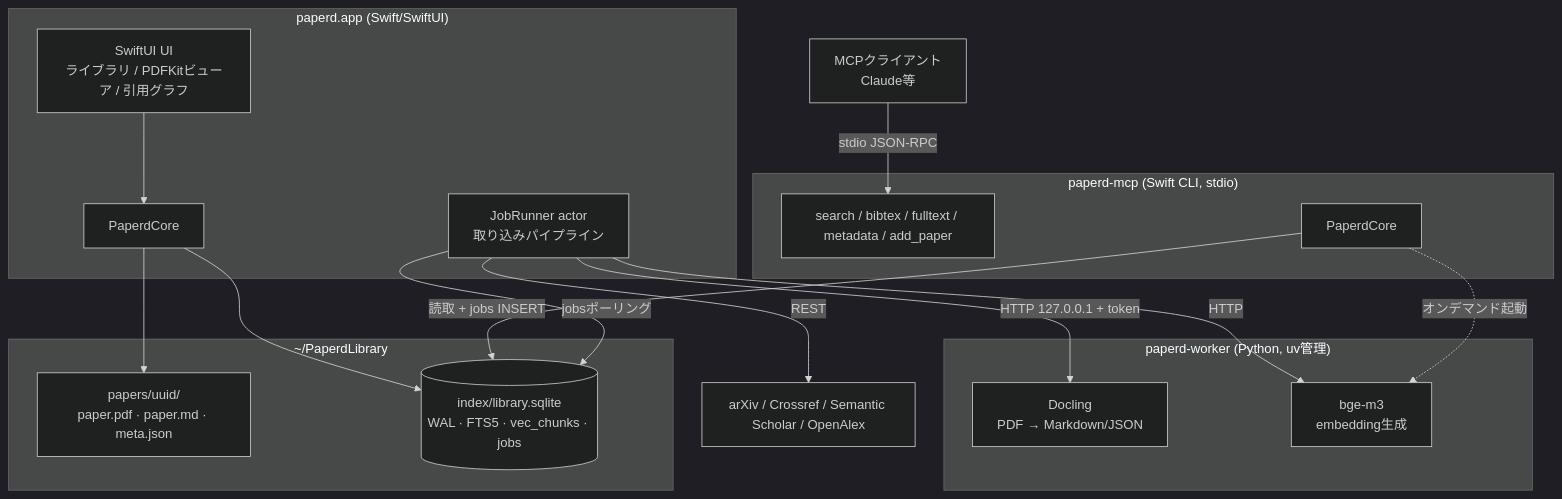
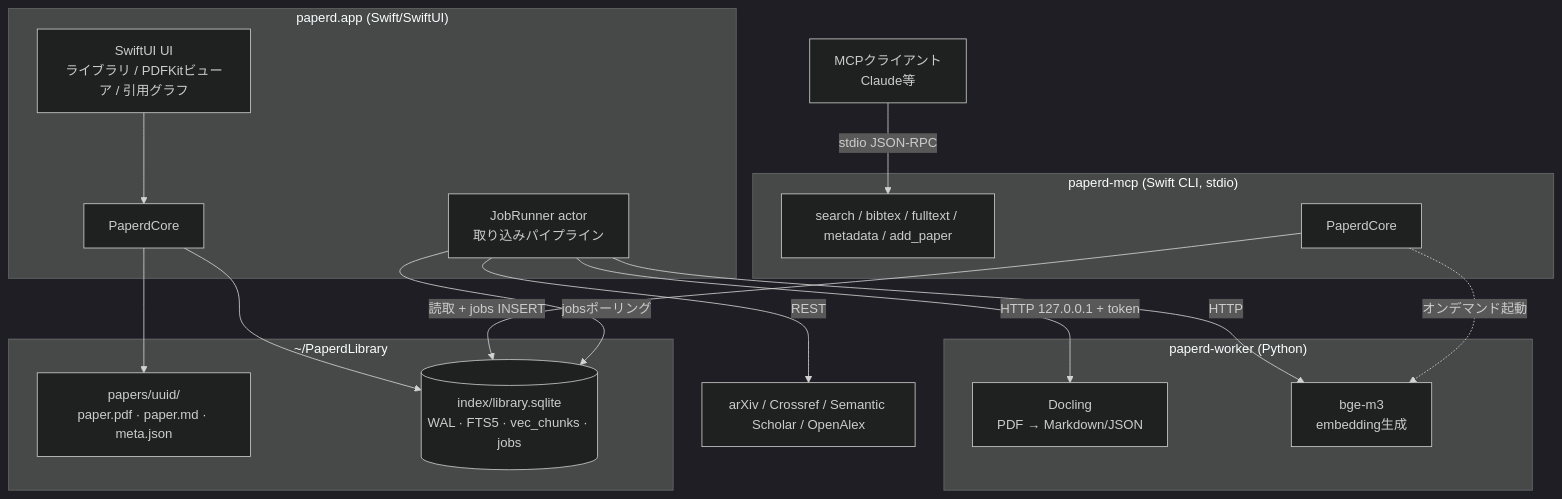
One commit to paperd-app/paperd changed the diagram in docs/01-architecture.md. Above: the diagram before and after it, drawn with Mermaid (dark theme). The commit also changed other lines of this file and 17 other files, not shown here.

````diff
--- a/docs/01-architecture.md
+++ b/docs/01-architecture.md
@@ -5,37 +5,37 @@
 ```mermaid
 graph TB
   subgraph App["paperd.app (Swift/SwiftUI)"]
     UI[SwiftUI UI<br/>ライブラリ / PDFKitビューア / 引用グラフ]
     JR[JobRunner actor<br/>取り込みパイプライン]
     Core1[PaperdCore]
   end
 
   subgraph MCP["paperd-mcp (Swift CLI, stdio)"]
     Tools[search / bibtex / fulltext / metadata / add_paper]
     Core2[PaperdCore]
   end
 
-  subgraph Worker["paperd-worker (Python, uv管理)"]
+  subgraph Worker["paperd-worker (Python)"]
     DOC[Docling<br/>PDF → Markdown/JSON]
     EMB[bge-m3<br/>embedding生成]
   end
 
   subgraph Lib["~/PaperdLibrary"]
     FS[papers/uuid/<br/>paper.pdf · paper.md · meta.json]
     DB[(index/library.sqlite<br/>WAL · FTS5 · vec_chunks · jobs)]
   end
 
   EXT[arXiv / Crossref / Semantic Scholar / OpenAlex]
   Claude[MCPクライアント<br/>Claude等]
 
   Claude -->|stdio JSON-RPC| Tools
   UI --> Core1
   Core1 --> DB
   Core1 --> FS
   JR -->|HTTP 127.0.0.1 + token| DOC
   JR -->|HTTP| EMB
   JR -->|REST| EXT
   Core2 -->|読取 + jobs INSERT| DB
   Core2 -.->|オンデマンド起動| EMB
   JR -->|jobsポーリング| DB
 ```
````
